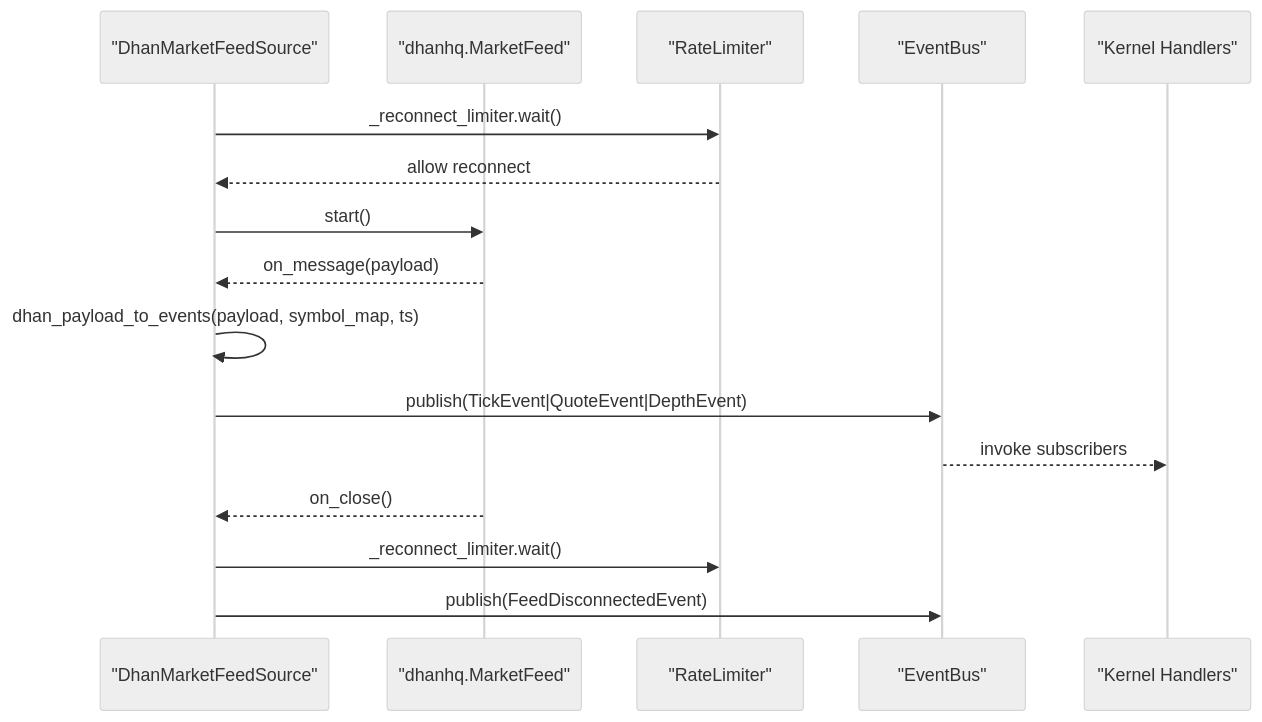
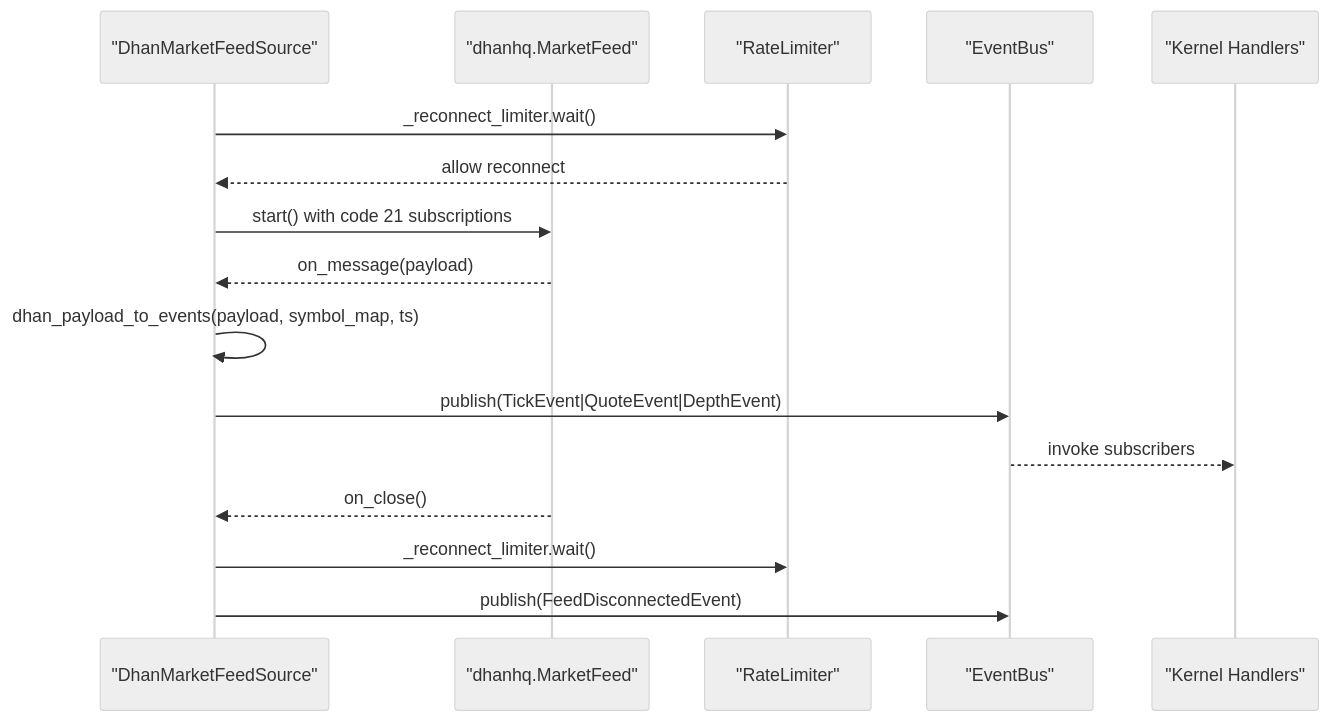
One commit to Ganesh-Kusundal/nTrade changed the sixth of 12 diagrams in .qoder/repowiki/en/content/Broker Integration/Transport Layer & Connectivity.md. Above: the diagram before and after it, drawn with Mermaid (neutral theme). The commit also changed other lines of this file and 203 other files, not shown here.

````diff
--- a/.qoder/repowiki/en/content/Broker Integration/Transport Layer & Connectivity.md
+++ b/.qoder/repowiki/en/content/Broker Integration/Transport Layer & Connectivity.md
@@ -365,18 +375,18 @@
 ```mermaid
 sequenceDiagram
 participant Source as "DhanMarketFeedSource"
 participant Feed as "dhanhq.MarketFeed"
 participant Limiter as "RateLimiter"
 participant Bus as "EventBus"
 participant Handler as "Kernel Handlers"
 Source->>Limiter : _reconnect_limiter.wait()
 Limiter-->>Source : allow reconnect
-Source->>Feed : start()
+Source->>Feed : start() with code 21 subscriptions
 Feed-->>Source : on_message(payload)
 Source->>Source : dhan_payload_to_events(payload, symbol_map, ts)
 Source->>Bus : publish(TickEvent|QuoteEvent|DepthEvent)
 Bus-->>Handler : invoke subscribers
 Feed-->>Source : on_close()
 Source->>Limiter : _reconnect_limiter.wait()
 Source->>Bus : publish(FeedDisconnectedEvent)
 ```
````
